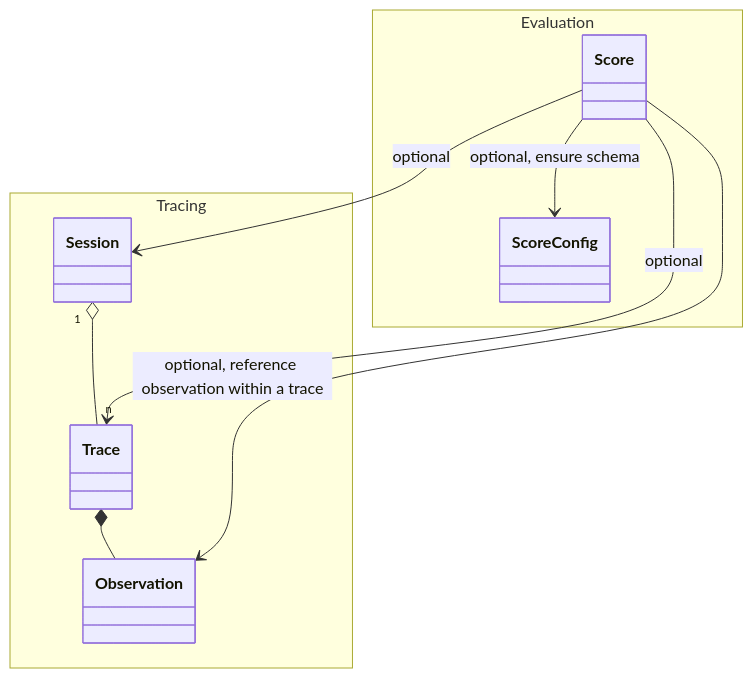
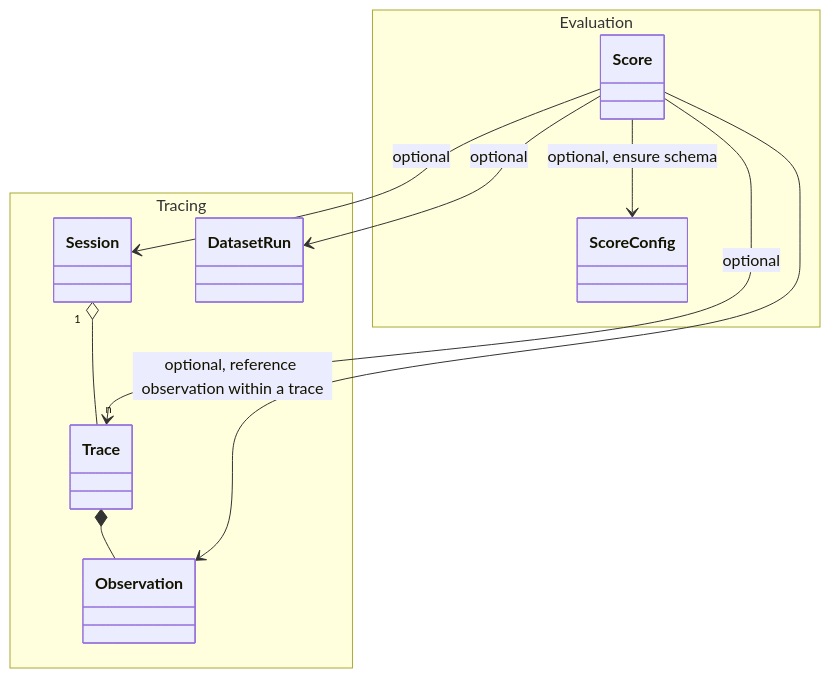
Before and after one commit to langfuse/langfuse-docs: the third of 3 diagrams in pages/docs/tracing-data-model.mdx, drawn with Mermaid. The commit also changed other lines of this file and 1 other file, not shown here.

Commit message:
docs: add run level scores

````diff
--- a/pages/docs/tracing-data-model.mdx
+++ b/pages/docs/tracing-data-model.mdx
@@ -110,20 +110,22 @@
 ```mermaid
 classDiagram
   namespace Evaluation {
     class Score
     class ScoreConfig
   }
 
   namespace Tracing {
     class Trace
     class Observation
     class Session
+    class DatasetRun
   }
 
   Trace *-- Observation
   Session "1" o-- "n" Trace
   Score --> Session : optional
   Score --> Trace : optional
+  Score --> DatasetRun : optional
   Score --> Observation : optional, reference observation within a trace
   Score --> ScoreConfig : optional, ensure schema
 ```
````
